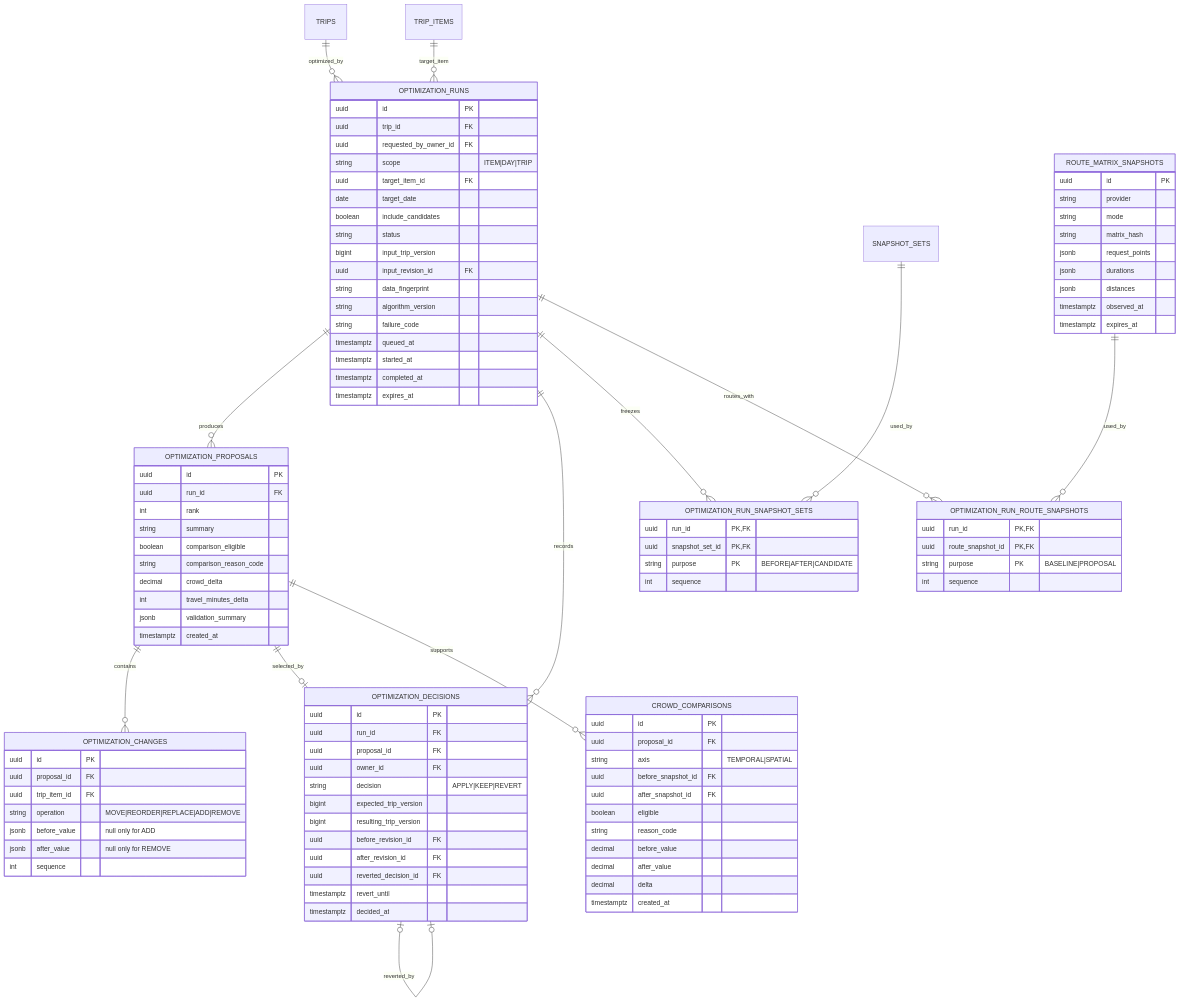
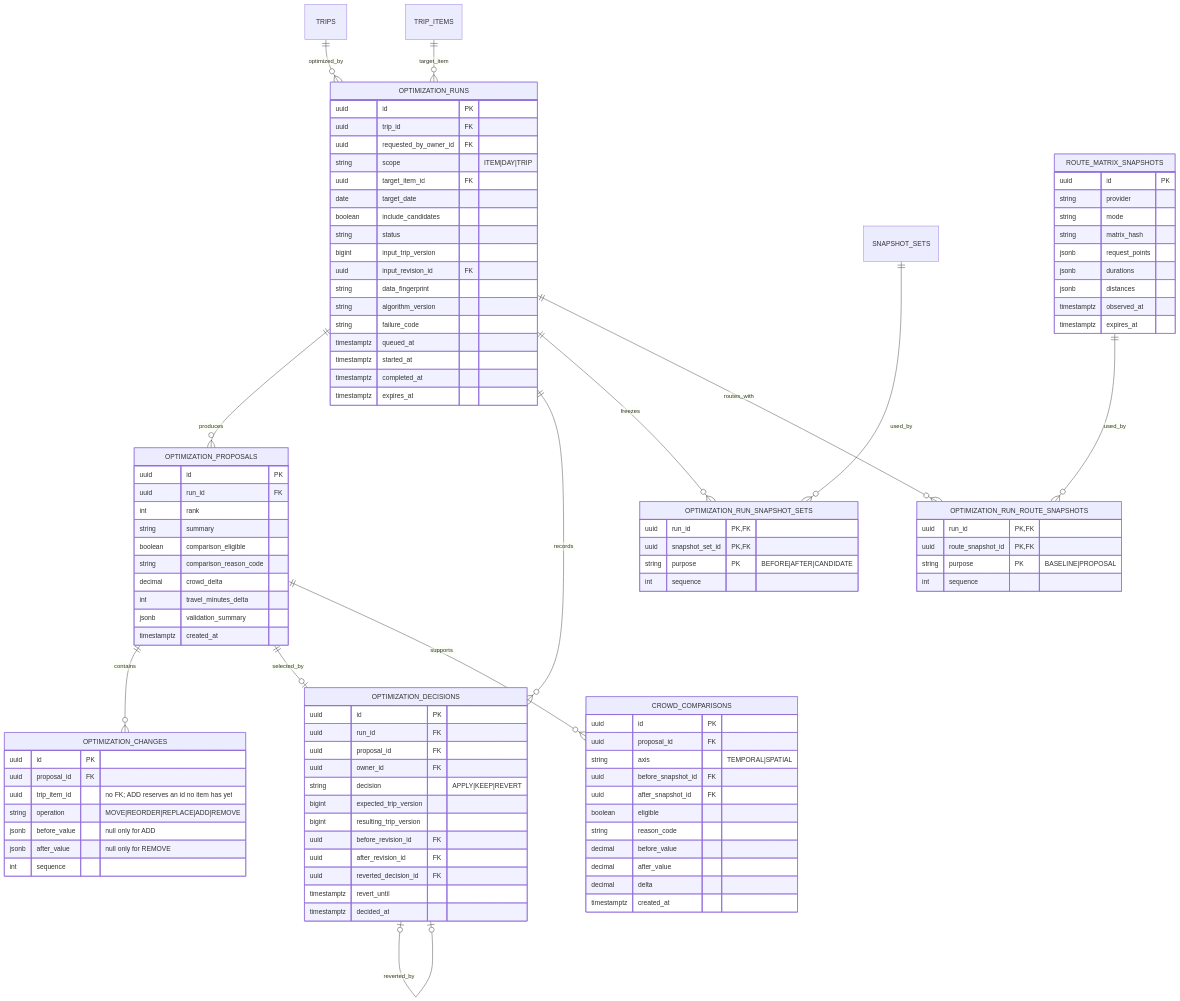
One commit to yutakdv/Nullnull changed the second of 3 diagrams in docs/architecture/ERD.md. Above: the diagram before and after it, drawn with Mermaid.

Commit message:
docs(be): BA-051 the changes table cannot key an id that has no item yet
ERD section 2 annotated optimization_changes.trip_item_id as a foreign key. The
contract makes that impossible: an ADD carries a stable prospective item id reserved by
the preview, so the constraint would reject the one operation that invents the id.
V029 omits it and says why; this makes the diagram agree.

```diff
--- a/docs/architecture/ERD.md
+++ b/docs/architecture/ERD.md
@@ -338,7 +338,7 @@
     OPTIMIZATION_CHANGES {
       uuid id PK
       uuid proposal_id FK
-      uuid trip_item_id FK
+      uuid trip_item_id "no FK; ADD reserves an id no item has yet"
       string operation "MOVE|REORDER|REPLACE|ADD|REMOVE"
       jsonb before_value "null only for ADD"
       jsonb after_value "null only for REMOVE"
```
